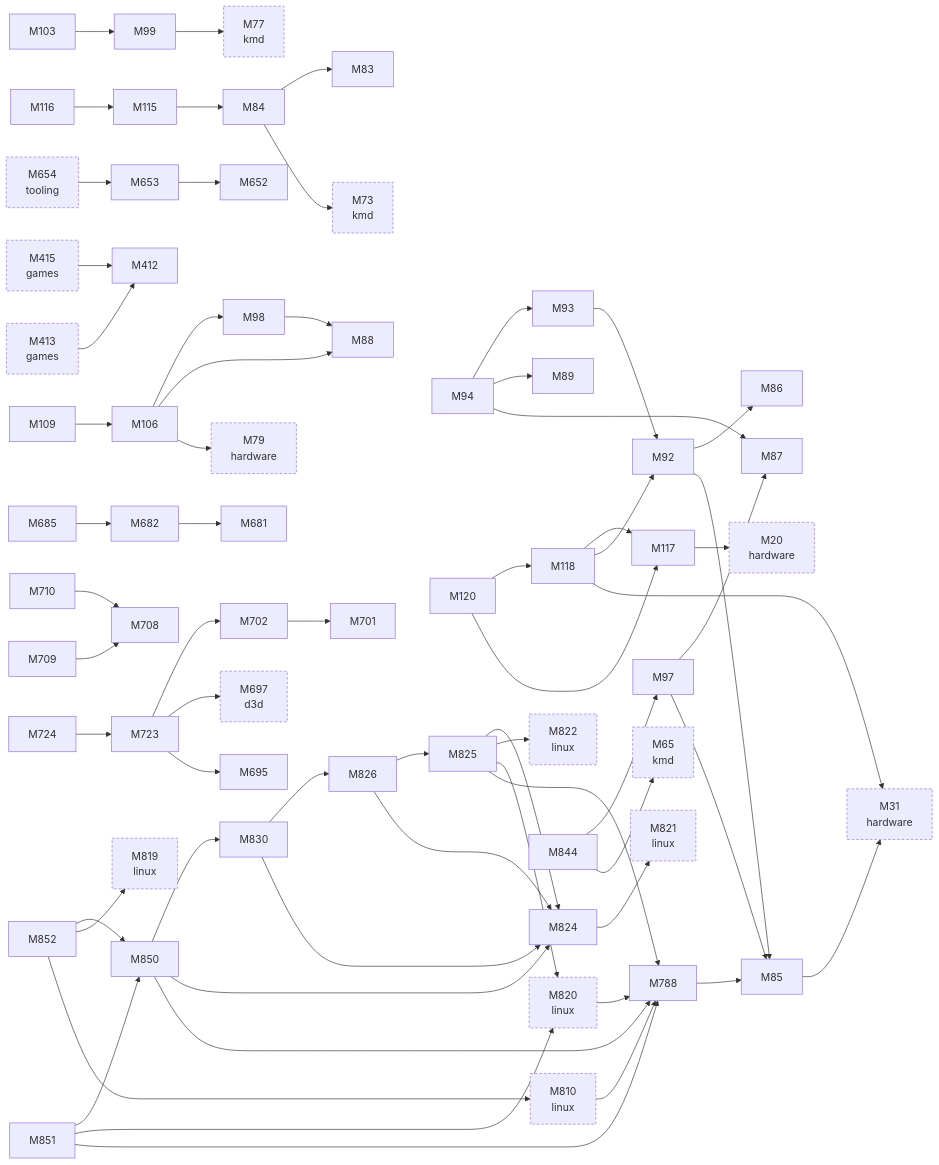
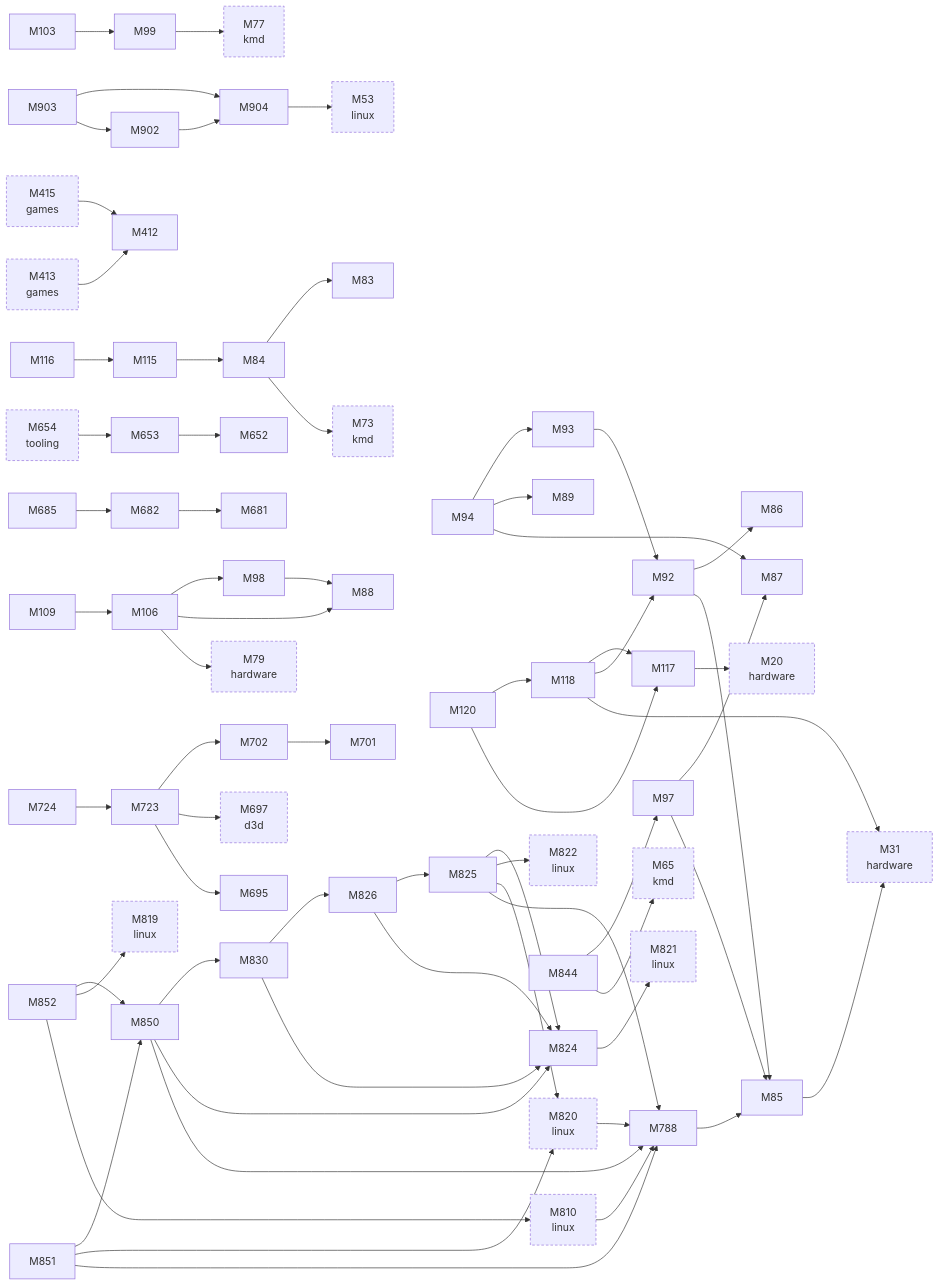
Before and after one commit to D-Ogi/amdgpu-wddm: the second of 3 diagrams in docs/facts/graphs/display.md, drawn with Mermaid. The commit also changed 45 other files, not shown here.

````diff
--- a/docs/facts/graphs/display.md
+++ b/docs/facts/graphs/display.md
@@ -38,6 +38,7 @@
 flowchart LR
   M20["M20<br/>hardware"]
   M31["M31<br/>hardware"]
+  M53["M53<br/>linux"]
   M65["M65<br/>kmd"]
   M73["M73<br/>kmd"]
   M77["M77<br/>kmd"]
@@ -76,9 +77,6 @@
   M697["M697<br/>d3d"]
   M701["M701"]
   M702["M702"]
-  M708["M708"]
-  M709["M709"]
-  M710["M710"]
   M723["M723"]
   M724["M724"]
   M788["M788"]
@@ -95,6 +93,9 @@
   M850["M850"]
   M851["M851"]
   M852["M852"]
+  M902["M902"]
+  M903["M903"]
+  M904["M904"]
   M84 --> M73
   M84 --> M83
   M85 --> M31
@@ -125,8 +126,6 @@
   M682 --> M681
   M685 --> M682
   M702 --> M701
-  M709 --> M708
-  M710 --> M708
   M723 --> M695
   M723 --> M697
   M723 --> M702
@@ -152,11 +151,15 @@
   M852 --> M810
   M852 --> M819
   M852 --> M850
+  M902 --> M904
+  M903 --> M902
+  M903 --> M904
+  M904 --> M53
   M413 --> M412
   M415 --> M412
   M810 --> M788
   M820 --> M788
   M654 --> M653
   classDef other stroke-dasharray:4 3
-  class M20,M31,M65,M73,M77,M79,M413,M415,M654,M697,M810,M819,M820,M821,M822 other
+  class M20,M31,M53,M65,M73,M77,M79,M413,M415,M654,M697,M810,M819,M820,M821,M822 other
 ```
````
